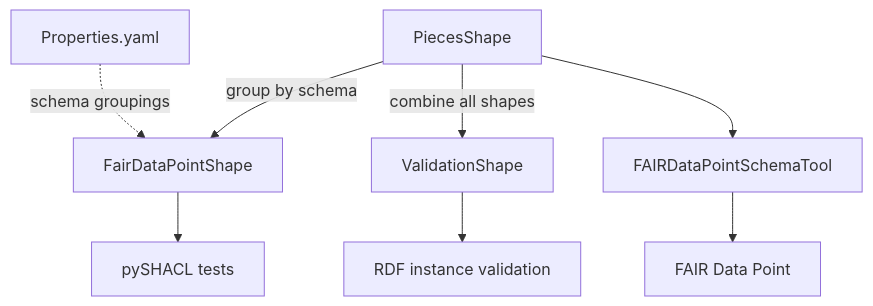
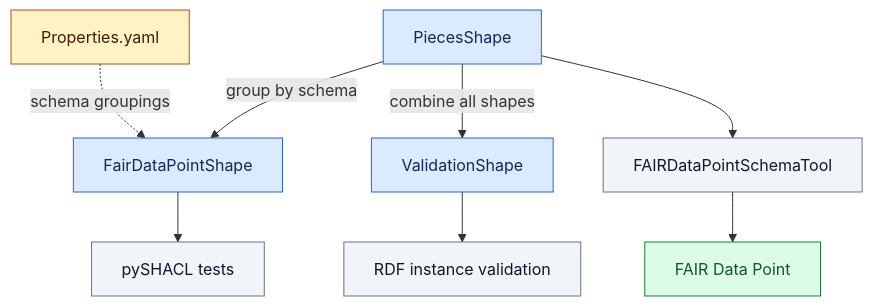
Before and after one commit to Health-RI/health-ri-metadata: the diagram in Formalisation(shacl)/Core/README.md, drawn with Mermaid. The commit also changed other lines of this file, not shown here.

Commit message:
docs: color-code SHACL diagram by artifact role

````diff
--- a/Formalisation(shacl)/Core/README.md
+++ b/Formalisation(shacl)/Core/README.md
@@ -19,10 +21,20 @@
 ```mermaid
 flowchart TD
     P["PiecesShape"] -->|group by schema| F["FairDataPointShape"]
     P -->|combine all shapes| V["ValidationShape"]
     Y["Properties.yaml"] -.->|schema groupings| F
     P --> S["FAIRDataPointSchemaTool"]
     S --> D["FAIR Data Point"]
     F --> T["pySHACL tests"]
     V --> I["RDF instance validation"]
+
+    classDef artifact fill:#DBEAFE,stroke:#2563EB,color:#172554;
+    classDef configuration fill:#FEF3C7,stroke:#B45309,color:#451A03;
+    classDef tool fill:#F1F5F9,stroke:#64748B,color:#0F172A;
+    classDef service fill:#DCFCE7,stroke:#15803D,color:#14532D;
+
+    class P,F,V artifact;
+    class Y configuration;
+    class S,T,I tool;
+    class D service;
 ```
````
